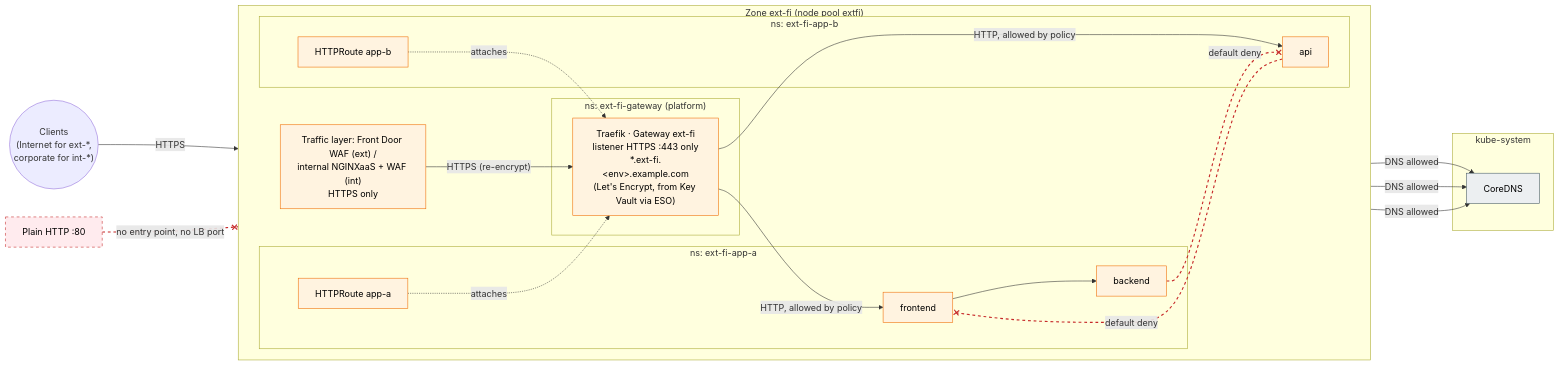
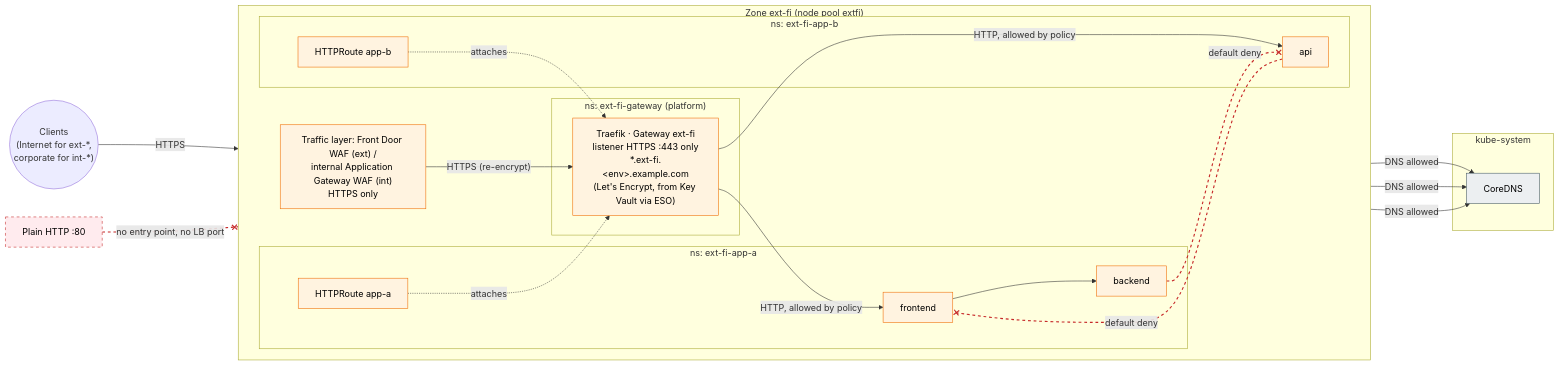
The diagram in diagrams/07-namespace-tenancy.mmd (olljanat-ai/aks-design), drawn with Mermaid before and after one commit. The commit also changed 18 other files, not shown here.

First line of the commit message:
Internal zones active-passive behind Application Gateway, remove NGINXaaS

```diff
--- a/diagrams/07-namespace-tenancy.mmd
+++ b/diagrams/07-namespace-tenancy.mmd
@@ -1,44 +1,44 @@
 %% Application multi-tenancy inside one zone of a stateless cluster: namespace per application, default-deny
 %% network policies, Traefik as the zone's Gateway API implementation (HTTPS only).
 flowchart LR
     client(("Clients<br/>(Internet for ext-*,<br/>corporate for int-*)"))
 
     subgraph ZONE["Zone ext-fi (node pool extfi)"]
         direction LR
-        appgw["Traffic layer: Front Door WAF (ext) /<br/>internal NGINXaaS + WAF (int)<br/>HTTPS only"]
+        appgw["Traffic layer: Front Door WAF (ext) /<br/>internal Application Gateway WAF (int)<br/>HTTPS only"]
         subgraph ING["ns: ext-fi-gateway (platform)"]
             ic["Traefik · Gateway ext-fi<br/>listener HTTPS :443 only<br/>*.ext-fi.&lt;env&gt;.example.com<br/>(Let's Encrypt, from Key Vault via ESO)"]
         end
         subgraph A["ns: ext-fi-app-a"]
             ra["HTTPRoute app-a"]
             a1["frontend"] --> a2["backend"]
         end
         subgraph B["ns: ext-fi-app-b"]
             rb["HTTPRoute app-b"]
             b1["api"]
         end
     end
 
     subgraph SYS["kube-system"]
         dns["CoreDNS"]
     end
 
     http["Plain HTTP :80"]:::off
 
     client -->|"HTTPS"| appgw -->|"HTTPS (re-encrypt)"| ic
     ic -->|"HTTP, allowed by policy"| a1
     ic -->|"HTTP, allowed by policy"| b1
     a1 & a2 & b1 -->|"DNS allowed"| dns
     a2 -.-x|"default deny"| b1
     b1 -.-x|"default deny"| a1
     http -.-x|"no entry point, no LB port"| ic
     ra -.->|"attaches"| ic
     rb -.->|"attaches"| ic
 
     linkStyle 8,9,10 stroke:#c62828,stroke-width:2px,stroke-dasharray:5 5
 
     classDef ext fill:#fff3e0,stroke:#ef6c00,color:#000
     classDef cp fill:#eceff1,stroke:#455a64,color:#000
     classDef off fill:#ffebee,stroke:#c62828,color:#000,stroke-dasharray: 5 5
     class appgw,ic,a1,a2,b1,ra,rb ext
     class dns cp
```
